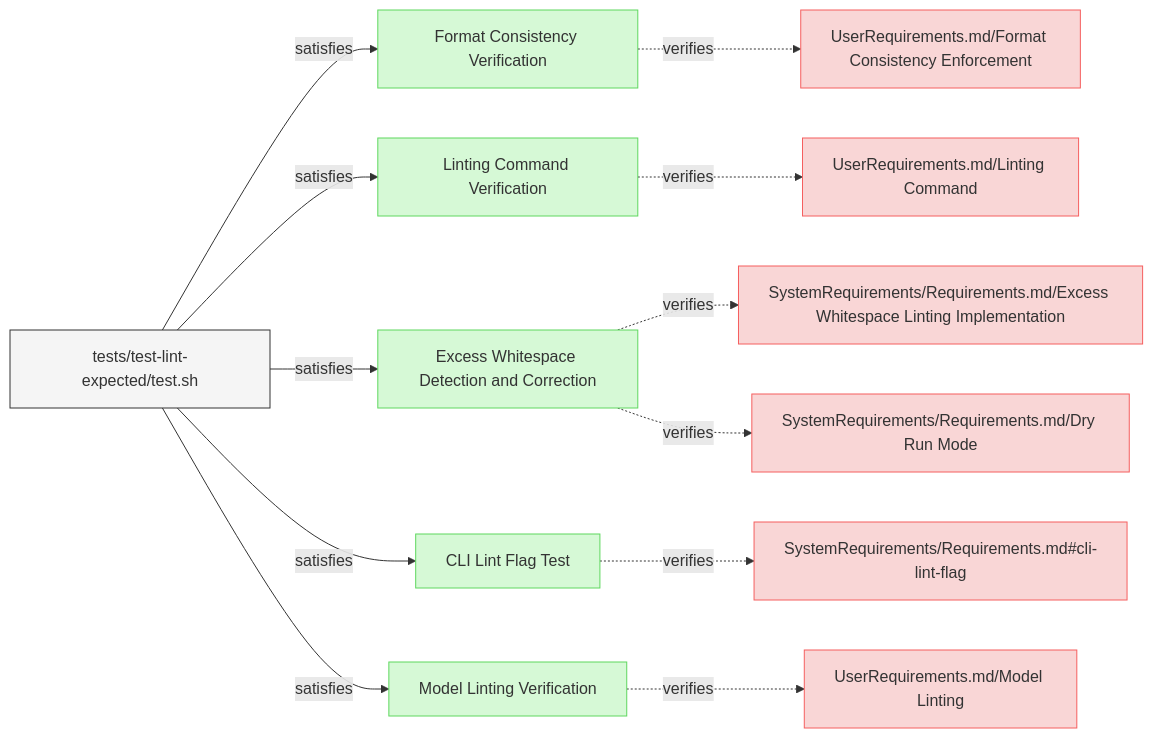
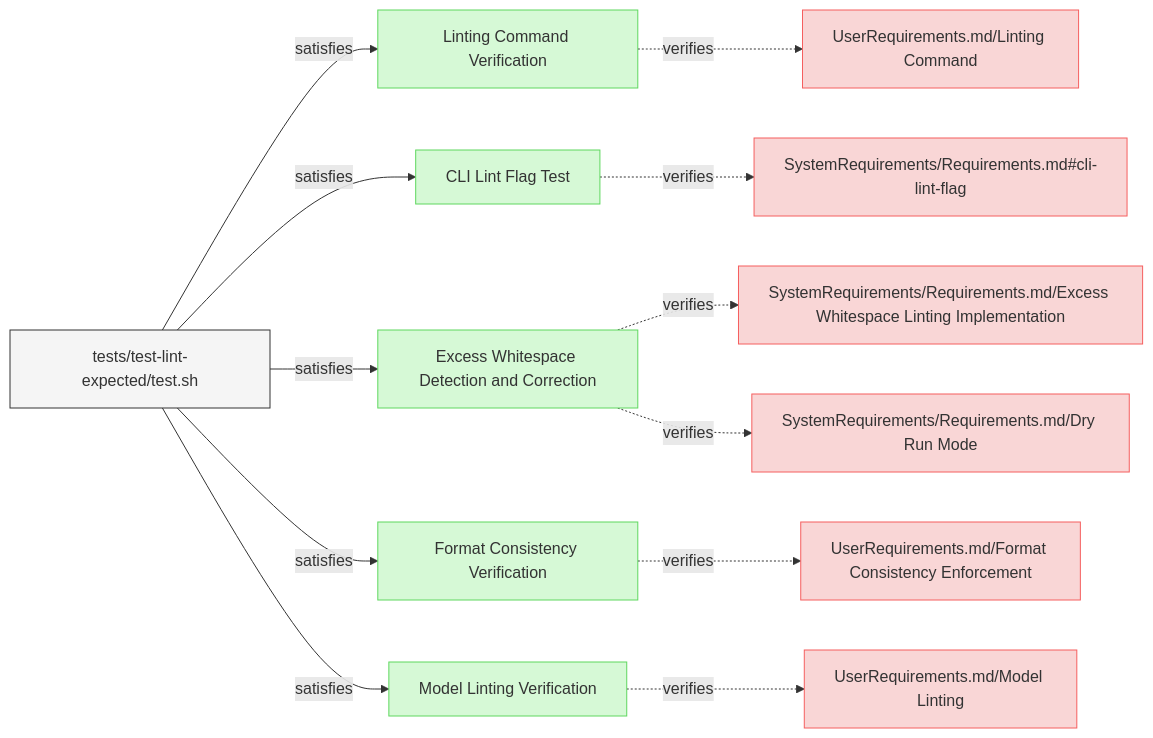
One commit to reqvire-org/reqvire changed the first of 3 diagrams in specifications/Verifications/LintingTests.md. Above: the diagram before and after it, drawn with Mermaid. The commit also changed other lines of this file and 72 other files, not shown here.

Commit message:
Major rework of the logic in reqvire. It uses git repository root as root folder and everything else is relative to it. External folders and specifications folder concept has been deprecated.

````diff
--- a/specifications/Verifications/LintingTests.md
+++ b/specifications/Verifications/LintingTests.md
@@ -6,56 +6,56 @@
 ```mermaid
 graph LR;
   %% Graph styling
   classDef requirement fill:#f9d6d6,stroke:#f55f5f,stroke-width:1px;
   classDef verification fill:#d6f9d6,stroke:#5fd75f,stroke-width:1px;
   classDef externalLink fill:#d0e0ff,stroke:#3080ff,stroke-width:1px;
   classDef default fill:#f5f5f5,stroke:#333333,stroke-width:1px;
 
+  fbe07d524dbc79f7["Linting Command Verification"];
+  click fbe07d524dbc79f7 "LintingTests.md#linting-command-verification";
+  class fbe07d524dbc79f7 verification;
+  28b0f9fa78937e61["UserRequirements.md/Linting Command"];
+  class 28b0f9fa78937e61 requirement;
+  click 28b0f9fa78937e61 "../UserRequirements.md#linting-command";
+  fbe07d524dbc79f7 -.->|verifies| 28b0f9fa78937e61;
+  569c6cdb3294a8d5["tests/test-lint-expected/test.sh"];
+  class 569c6cdb3294a8d5 default;
+  click 569c6cdb3294a8d5 "../../tests/test-lint-expected/test.sh";
+  569c6cdb3294a8d5 -->|satisfies| fbe07d524dbc79f7;
+  4ec0755de791b8c6["CLI Lint Flag Test"];
+  click 4ec0755de791b8c6 "LintingTests.md#cli-lint-flag-test";
+  class 4ec0755de791b8c6 verification;
+  3f235c1000d5347f["SystemRequirements/Requirements.md#cli-lint-flag"];
+  class 3f235c1000d5347f requirement;
+  click 3f235c1000d5347f "../SystemRequirements/Requirements.md#cli-lint-flag";
+  4ec0755de791b8c6 -.->|verifies| 3f235c1000d5347f;
+  569c6cdb3294a8d5 -->|satisfies| 4ec0755de791b8c6;
+  716f75498f400b63["Excess Whitespace Detection and Correction"];
+  click 716f75498f400b63 "LintingTests.md#excess-whitespace-detection-and-correction";
+  class 716f75498f400b63 verification;
+  ab8dfb01e717d34["SystemRequirements/Requirements.md/Excess Whitespace Linting Implementation"];
+  class ab8dfb01e717d34 requirement;
+  click ab8dfb01e717d34 "../SystemRequirements/Requirements.md#excess-whitespace-linting-implementation";
+  716f75498f400b63 -.->|verifies| ab8dfb01e717d34;
+  d21b16b30de7350d["SystemRequirements/Requirements.md/Dry Run Mode"];
+  class d21b16b30de7350d requirement;
+  click d21b16b30de7350d "../SystemRequirements/Requirements.md#dry-run-mode";
+  716f75498f400b63 -.->|verifies| d21b16b30de7350d;
+  569c6cdb3294a8d5 -->|satisfies| 716f75498f400b63;
   f35ede8f8934159a["Format Consistency Verification"];
-  click f35ede8f8934159a "https://github.com/Reqvire/reqvire/blob/ad88ba6b828e94c93382866fefd058c011c1ac60/specifications/Verifications/LintingTests.md#format-consistency-verification";
+  click f35ede8f8934159a "LintingTests.md#format-consistency-verification";
   class f35ede8f8934159a verification;
   1ddbeea0cf8eaad5["UserRequirements.md/Format Consistency Enforcement"];
   class 1ddbeea0cf8eaad5 requirement;
-  click 1ddbeea0cf8eaad5 "https://github.com/Reqvire/reqvire/blob/ad88ba6b828e94c93382866fefd058c011c1ac60/specifications/UserRequirements.md#format-consistency-enforcement";
+  click 1ddbeea0cf8eaad5 "../UserRequirements.md#format-consistency-enforcement";
   f35ede8f8934159a -.->|verifies| 1ddbeea0cf8eaad5;
-  569c6cdb3294a8d5["tests/test-lint-expected/test.sh"];
-  class 569c6cdb3294a8d5 default;
-  click 569c6cdb3294a8d5 "https://github.com/Reqvire/reqvire/blob/ad88ba6b828e94c93382866fefd058c011c1ac60/tests/test-lint-expected/test.sh";
   569c6cdb3294a8d5 -->|satisfies| f35ede8f8934159a;
-  fbe07d524dbc79f7["Linting Command Verification"];
-  click fbe07d524dbc79f7 "https://github.com/Reqvire/reqvire/blob/ad88ba6b828e94c93382866fefd058c011c1ac60/specifications/Verifications/LintingTests.md#linting-command-verification";
-  class fbe07d524dbc79f7 verification;
-  28b0f9fa78937e61["UserRequirements.md/Linting Command"];
-  class 28b0f9fa78937e61 requirement;
-  click 28b0f9fa78937e61 "https://github.com/Reqvire/reqvire/blob/ad88ba6b828e94c93382866fefd058c011c1ac60/specifications/UserRequirements.md#linting-command";
-  fbe07d524dbc79f7 -.->|verifies| 28b0f9fa78937e61;
-  569c6cdb3294a8d5 -->|satisfies| fbe07d524dbc79f7;
-  716f75498f400b63["Excess Whitespace Detection and Correction"];
-  click 716f75498f400b63 "https://github.com/Reqvire/reqvire/blob/ad88ba6b828e94c93382866fefd058c011c1ac60/specifications/Verifications/LintingTests.md#excess-whitespace-detection-and-correction";
-  class 716f75498f400b63 verification;
-  ab8dfb01e717d34["SystemRequirements/Requirements.md/Excess Whitespace Linting Implementation"];
-  class ab8dfb01e717d34 requirement;
-  click ab8dfb01e717d34 "https://github.com/Reqvire/reqvire/blob/ad88ba6b828e94c93382866fefd058c011c1ac60/specifications/SystemRequirements/Requirements.md#excess-whitespace-linting-implementation";
-  716f75498f400b63 -.->|verifies| ab8dfb01e717d34;
-  d21b16b30de7350d["SystemRequirements/Requirements.md/Dry Run Mode"];
-  class d21b16b30de7350d requirement;
-  click d21b16b30de7350d "https://github.com/Reqvire/reqvire/blob/ad88ba6b828e94c93382866fefd058c011c1ac60/specifications/SystemRequirements/Requirements.md#dry-run-mode";
-  716f75498f400b63 -.->|verifies| d21b16b30de7350d;
-  569c6cdb3294a8d5 -->|satisfies| 716f75498f400b63;
-  4ec0755de791b8c6["CLI Lint Flag Test"];
-  click 4ec0755de791b8c6 "https://github.com/Reqvire/reqvire/blob/ad88ba6b828e94c93382866fefd058c011c1ac60/specifications/Verifications/LintingTests.md#cli-lint-flag-test";
-  class 4ec0755de791b8c6 verification;
-  3f235c1000d5347f["SystemRequirements/Requirements.md#cli-lint-flag"];
-  class 3f235c1000d5347f requirement;
-  click 3f235c1000d5347f "https://github.com/Reqvire/reqvire/blob/ad88ba6b828e94c93382866fefd058c011c1ac60/specifications/SystemRequirements/Requirements.md#cli-lint-flag";
-  4ec0755de791b8c6 -.->|verifies| 3f235c1000d5347f;
-  569c6cdb3294a8d5 -->|satisfies| 4ec0755de791b8c6;
   90b51d9c48bc542d["Model Linting Verification"];
-  click 90b51d9c48bc542d "https://github.com/Reqvire/reqvire/blob/ad88ba6b828e94c93382866fefd058c011c1ac60/specifications/Verifications/LintingTests.md#model-linting-verification";
+  click 90b51d9c48bc542d "LintingTests.md#model-linting-verification";
   class 90b51d9c48bc542d verification;
   84c4dc11e82e8638["UserRequirements.md/Model Linting"];
   class 84c4dc11e82e8638 requirement;
-  click 84c4dc11e82e8638 "https://github.com/Reqvire/reqvire/blob/ad88ba6b828e94c93382866fefd058c011c1ac60/specifications/UserRequirements.md#model-linting";
+  click 84c4dc11e82e8638 "../UserRequirements.md#model-linting";
   90b51d9c48bc542d -.->|verifies| 84c4dc11e82e8638;
   569c6cdb3294a8d5 -->|satisfies| 90b51d9c48bc542d;
 ```
````
